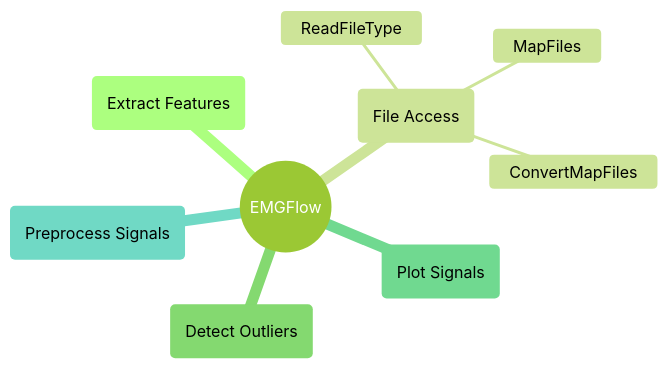
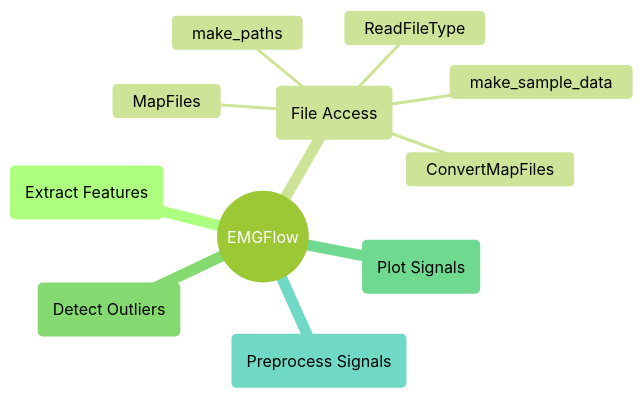
The diagram in docs/reference/file-access.md (WiIIson/EMGFlow-Python-Package), drawn with Mermaid (forest theme) before and after one commit. The commit also changed other lines of this file and 3 other files, not shown here.

````diff
--- a/docs/reference/file-access.md
+++ b/docs/reference/file-access.md
@@ -7,12 +7,14 @@
 ```mermaid
 mindmap
     root((EMGFlow))
         EF(Extract Features)
         FA(File Access)
+            make_paths
+            make_sample_data
             ReadFileType
             MapFiles
             ConvertMapFiles
         DO(Detect Outliers)
         PlS(Plot Signals)
         PrS(Preprocess Signals)
 ```
````
